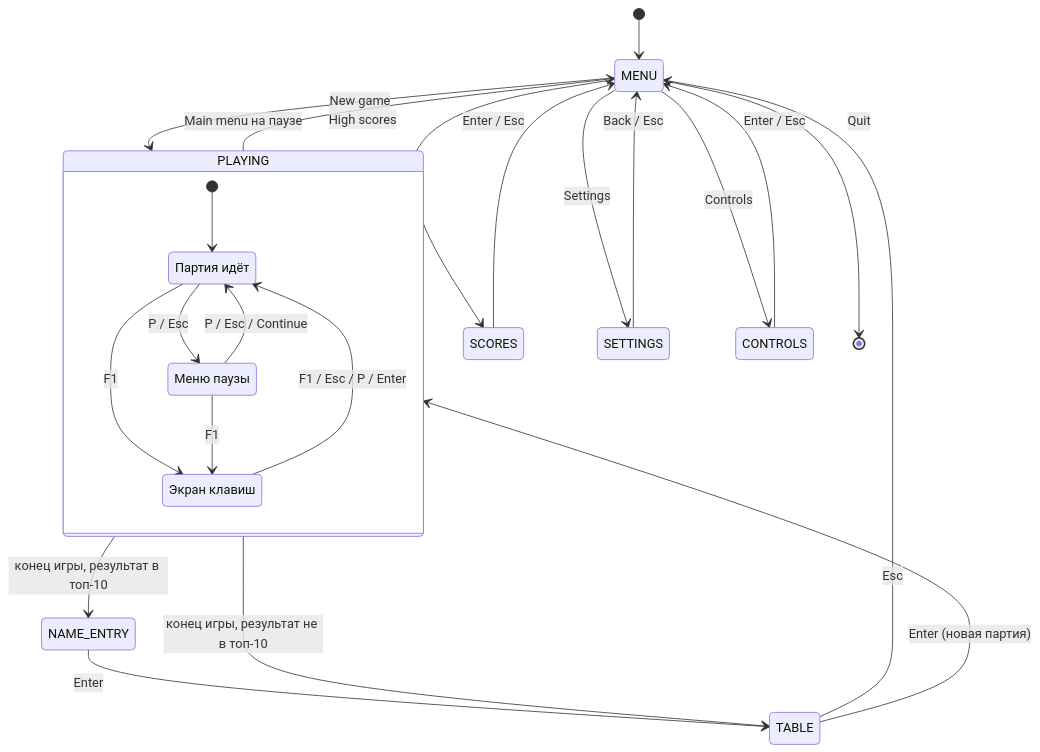
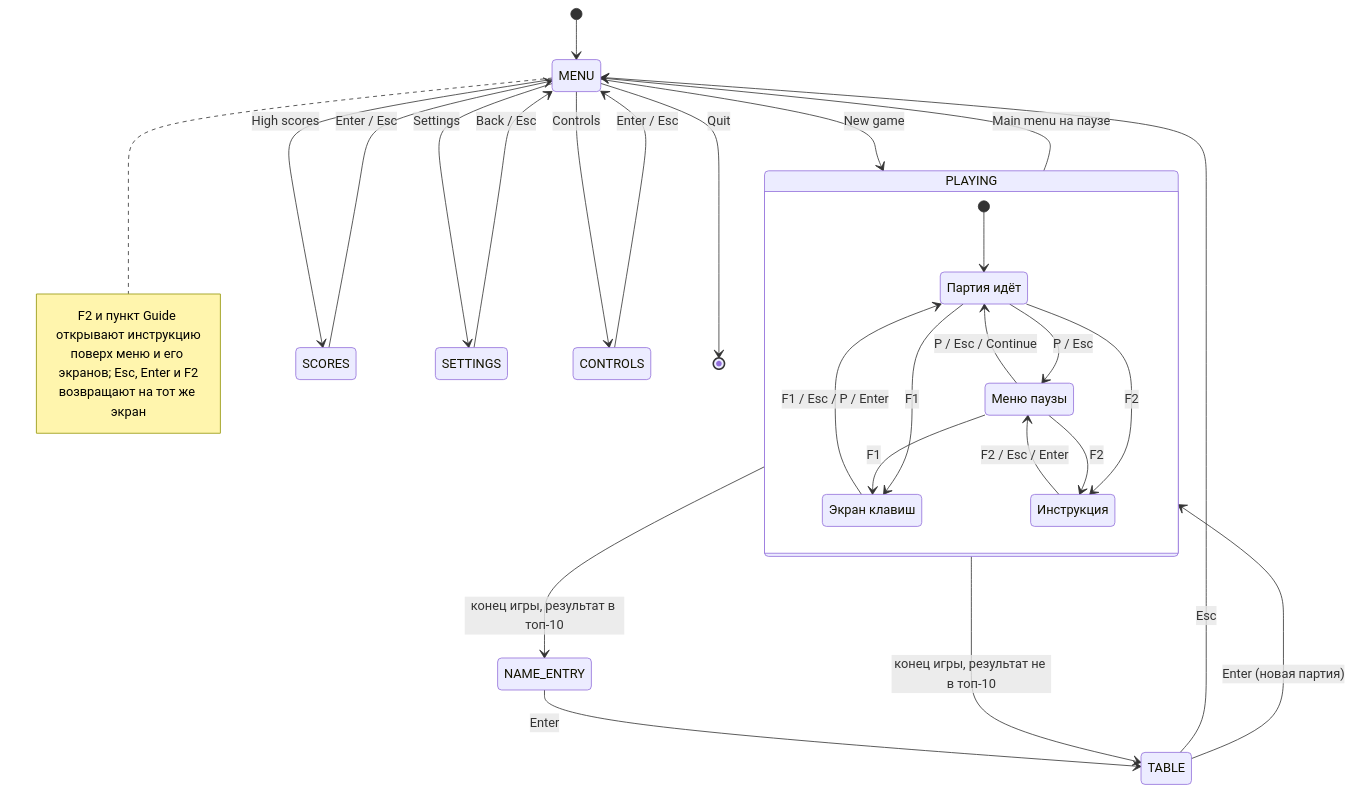
The third of 3 diagrams in docs/architecture.md (gadtakoi/tetris), drawn with Mermaid before and after one commit. The commit also changed other lines of this file and 16 other files, not shown here.

````diff
--- a/docs/architecture.md
+++ b/docs/architecture.md
@@ -99,29 +100,38 @@
 ```mermaid
 stateDiagram-v2
     [*] --> MENU
     MENU --> PLAYING: New game
     MENU --> SCORES: High scores
     MENU --> SETTINGS: Settings
     MENU --> CONTROLS: Controls
     MENU --> [*]: Quit
     SCORES --> MENU: Enter / Esc
     CONTROLS --> MENU: Enter / Esc
     SETTINGS --> MENU: Back / Esc
+    note right of MENU
+        F2 и пункт Guide открывают инструкцию
+        поверх меню и его экранов; Esc, Enter и F2
+        возвращают на тот же экран
+    end note
     state PLAYING {
         state "Партия идёт" as Running
         state "Меню паузы" as Paused
         state "Экран клавиш" as Help
+        state "Инструкция" as Guide
         [*] --> Running
         Running --> Paused: P / Esc
         Paused --> Running: P / Esc / Continue
         Running --> Help: F1
         Paused --> Help: F1
         Help --> Running: F1 / Esc / P / Enter
+        Running --> Guide: F2
+        Paused --> Guide: F2
+        Guide --> Paused: F2 / Esc / Enter
     }
     PLAYING --> MENU: Main menu на паузе
     PLAYING --> NAME_ENTRY: конец игры, результат в топ-10
     PLAYING --> TABLE: конец игры, результат не в топ-10
     NAME_ENTRY --> TABLE: Enter
     TABLE --> PLAYING: Enter (новая партия)
     TABLE --> MENU: Esc
 ```
````
